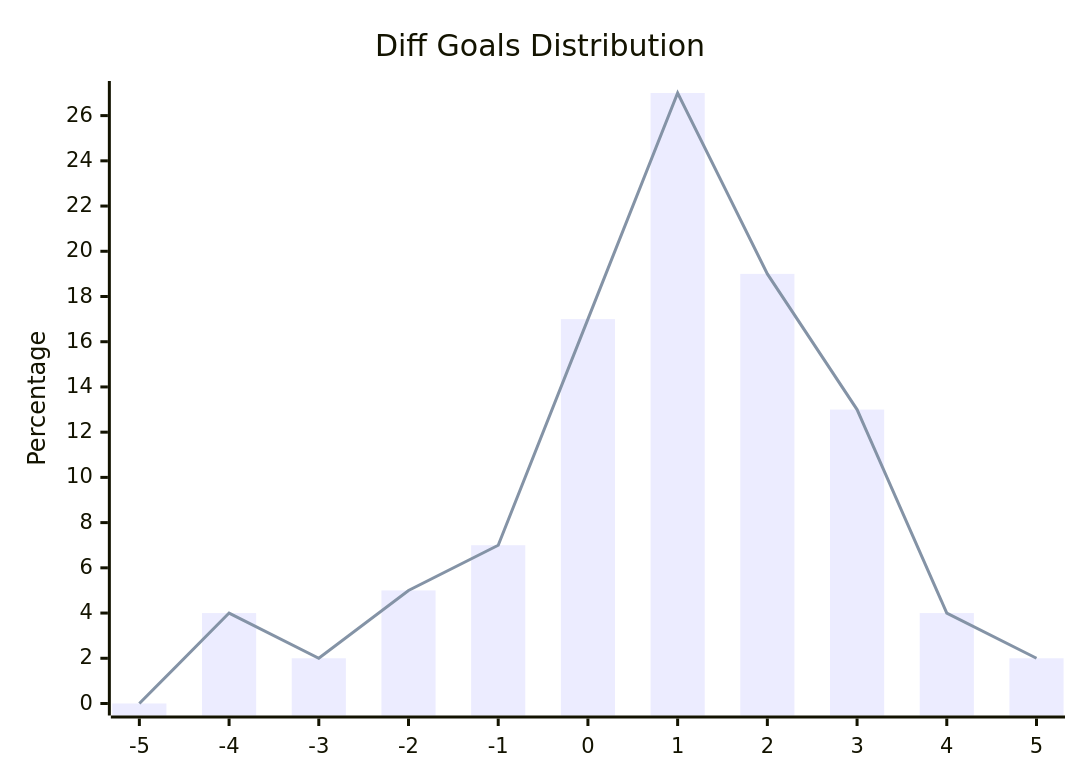
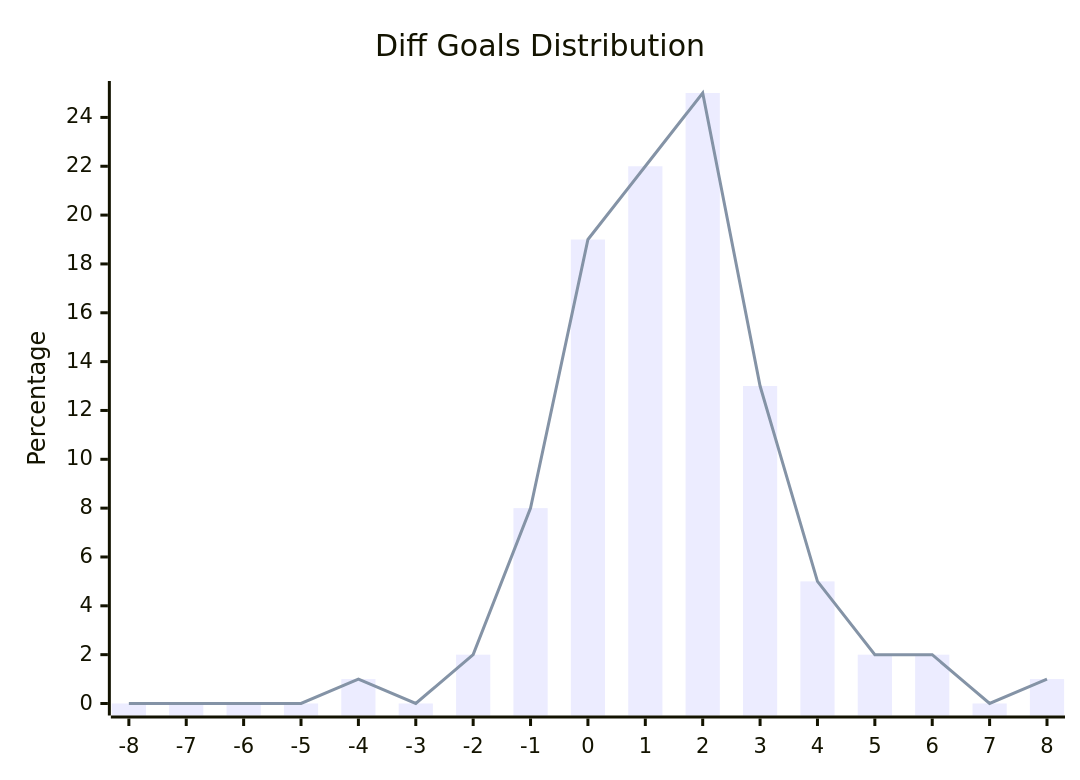
The first of 2 diagrams in README.md (CLSFramework/py2d), drawn with Mermaid before and after one commit. The commit also changed other lines of this file and 3 other files, not shown here.

````diff
--- a/README.md
+++ b/README.md
@@ -36,8 +36,8 @@
 ```mermaid
 xychart-beta
     title "Diff Goals Distribution"
-    x-axis [-5, -4, -3, -2, -1, 0, 1, 2, 3, 4, 5]
+    x-axis [-8,-7,-6,-5,-4,-3,-2,-1,0,1,2,3,4,5,6,7,8]
     y-axis "Percentage"
-    bar [0,4,2,5,7,17,27,19,13,4,2]
-    line [0,4,2,5,7,17,27,19,13,4,2]
+    bar [0,0,0,0,1.00, 0.00, 2.00, 8.00, 19.00, 22.00, 25.00, 13.00, 5.00, 2.00, 2.00, 0.00, 1.00]
+    line [0,0,0,0,1.00, 0.00, 2.00, 8.00, 19.00, 22.00, 25.00, 13.00, 5.00, 2.00, 2.00, 0.00, 1.00]
 ```
````
